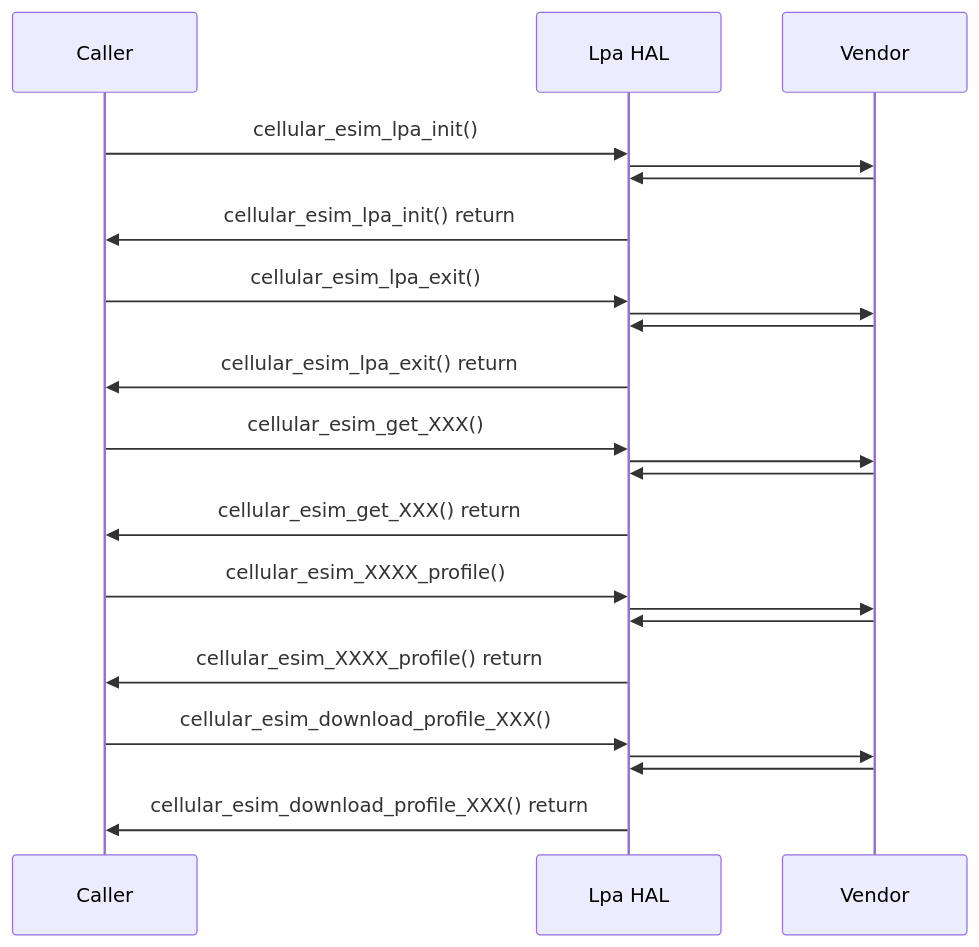
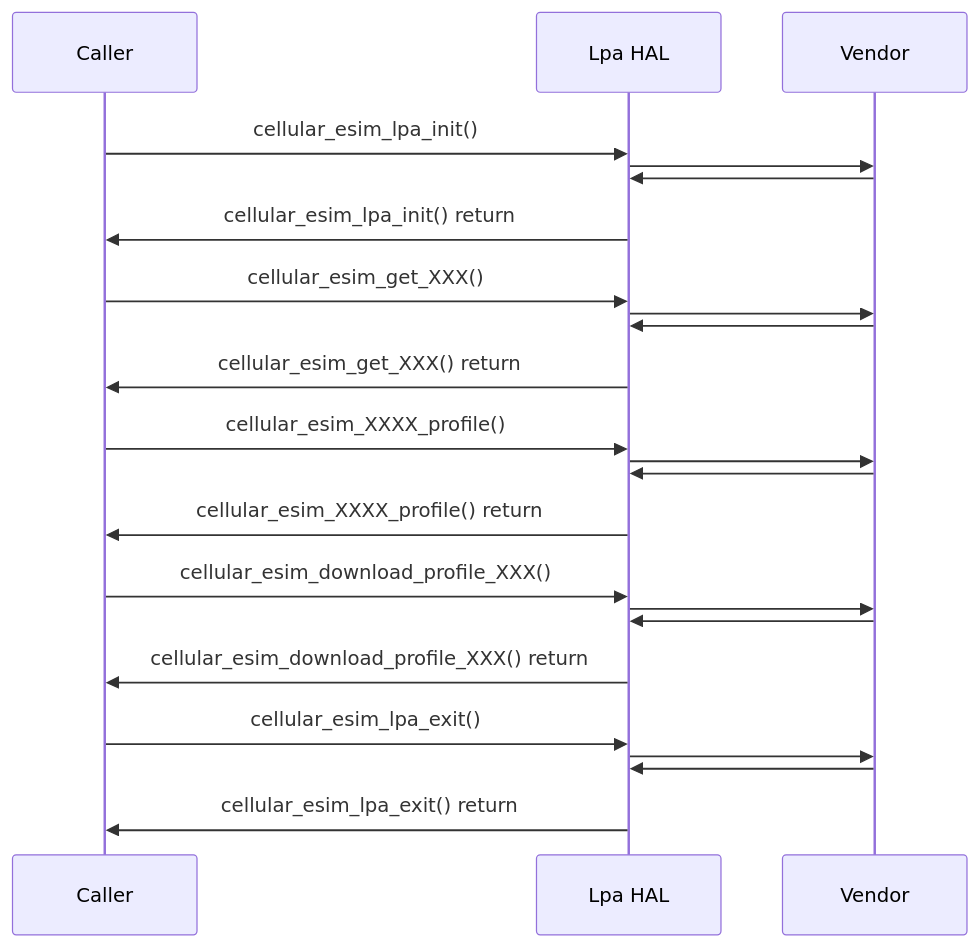
One commit to rdkcentral/rdkb-halif-lpa changed the diagram in docs/pages/LpaHalSpec.md. Above: the diagram before and after it, drawn with Mermaid. The commit also changed other lines of this file, not shown here.

````diff
--- a/docs/pages/LpaHalSpec.md
+++ b/docs/pages/LpaHalSpec.md
@@ -133,26 +133,26 @@
 ```mermaid
 sequenceDiagram
 participant Caller
 participant Lpa HAL
 participant Vendor
 Caller->>Lpa HAL: cellular_esim_lpa_init()
 Lpa HAL->>Vendor: 
 Vendor ->>Lpa HAL: 
 Lpa HAL->>Caller: cellular_esim_lpa_init() return
-Caller->>Lpa HAL: cellular_esim_lpa_exit()
-Lpa HAL->>Vendor: 
-Vendor ->>Lpa HAL: 
-Lpa HAL->>Caller: cellular_esim_lpa_exit() return
 Caller->>Lpa HAL: cellular_esim_get_XXX()
 Lpa HAL->>Vendor: 
 Vendor ->>Lpa HAL: 
 Lpa HAL->>Caller: cellular_esim_get_XXX() return
 Caller->>Lpa HAL: cellular_esim_XXXX_profile()
 Lpa HAL->>Vendor: 
 Vendor ->>Lpa HAL: 
 Lpa HAL->>Caller: cellular_esim_XXXX_profile() return
 Caller->>Lpa HAL: cellular_esim_download_profile_XXX()
 Lpa HAL->>Vendor: 
 Vendor ->>Lpa HAL: 
 Lpa HAL->>Caller: cellular_esim_download_profile_XXX() return
+Caller->>Lpa HAL: cellular_esim_lpa_exit()
+Lpa HAL->>Vendor: 
+Vendor ->>Lpa HAL: 
+Lpa HAL->>Caller: cellular_esim_lpa_exit() return
 ```
````
